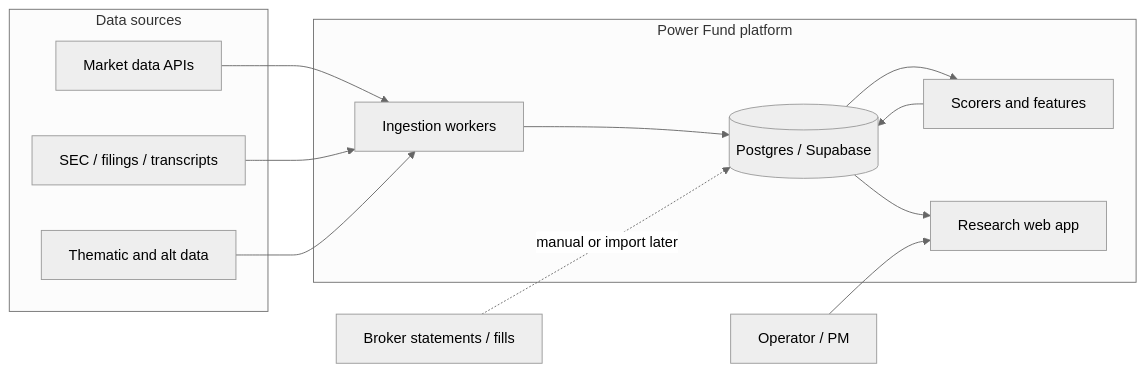
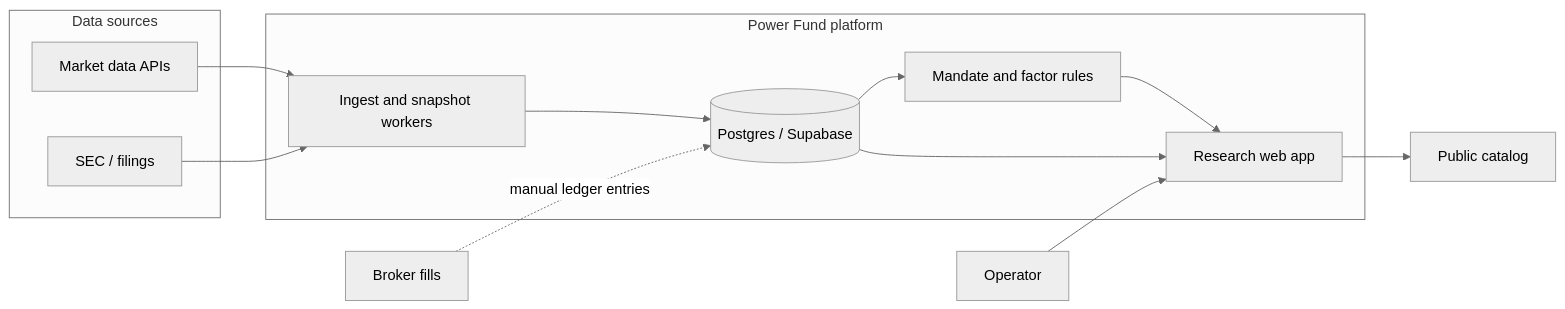
The diagram in architecture/overview.md (cpascoli/powerfund), drawn with Mermaid (neutral theme) before and after one commit. The commit also changed other lines of this file and 3 other files, not shown here.

````diff
--- a/architecture/overview.md
+++ b/architecture/overview.md
@@ -21,28 +21,28 @@
 ```mermaid
 flowchart LR
   subgraph sources [Data sources]
     Market[Market data APIs]
-    Filings[SEC / filings / transcripts]
-    Thematic[Thematic and alt data]
+    Filings[SEC / filings]
   end
 
   subgraph platform [Power Fund platform]
-    Workers[Ingestion workers]
+    Workers[Ingest and snapshot workers]
     DB[(Postgres / Supabase)]
-    Scoring[Scorers and features]
+    Domain[Mandate and factor rules]
     Web[Research web app]
   end
 
-  Operator[Operator / PM]
-  Broker[Broker statements / fills]
+  Operator[Operator]
+  Public[Public catalog]
+  Broker[Broker fills]
 
   Market --> Workers
   Filings --> Workers
-  Thematic --> Workers
   Workers --> DB
-  DB --> Scoring
-  Scoring --> DB
+  DB --> Domain
+  Domain --> Web
   DB --> Web
   Operator --> Web
-  Broker -.->|manual or import later| DB
+  Web --> Public
+  Broker -.->|manual ledger entries| DB
 ```
````
